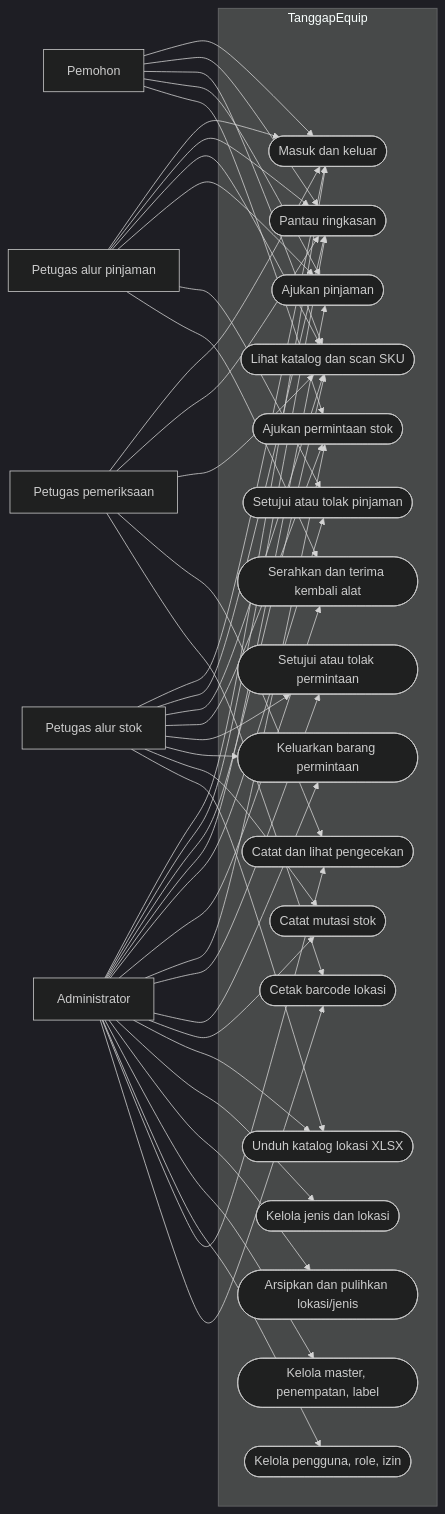
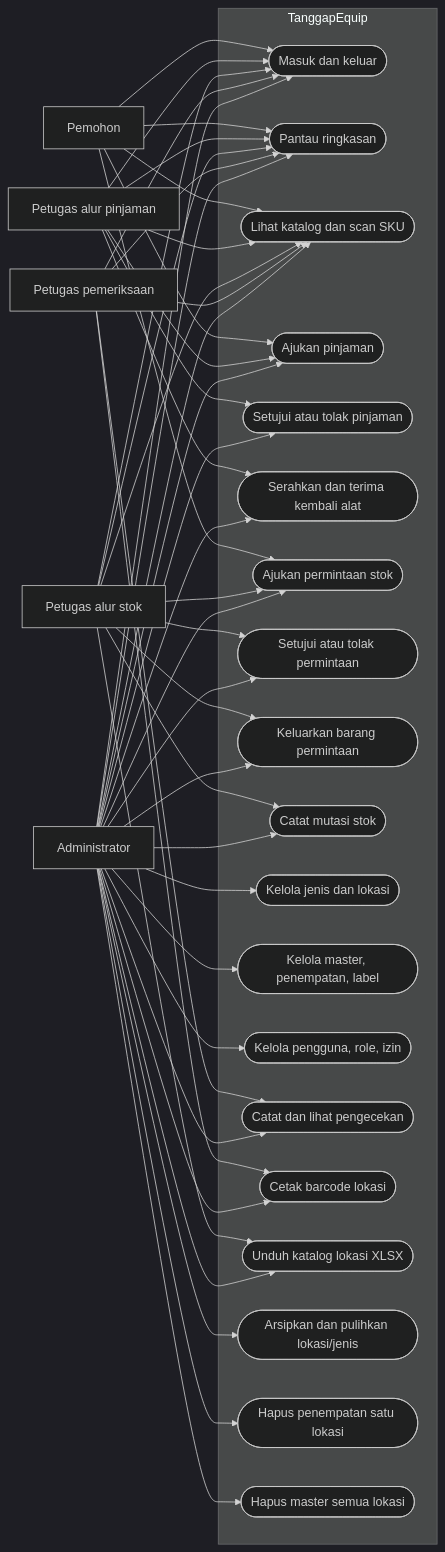
Before and after one commit to fandychan99/inventory_max: the first of 8 diagrams in docs/UML.md, drawn with Mermaid (dark theme). The commit also changed other lines of this file and 27 other files, not shown here.

````diff
--- a/docs/UML.md
+++ b/docs/UML.md
@@ -7,34 +7,36 @@
 ```mermaid
 flowchart LR
     applicant["Pemohon"]
     loanOfficer["Petugas alur pinjaman"]
     stockOfficer["Petugas alur stok"]
     checkOfficer["Petugas pemeriksaan"]
     admin["Administrator"]
 
     subgraph system["TanggapEquip"]
         login(["Masuk dan keluar"])
         dashboard(["Pantau ringkasan"])
         catalog(["Lihat katalog dan scan SKU"])
         applyLoan(["Ajukan pinjaman"])
         decideLoan(["Setujui atau tolak pinjaman"])
         handover(["Serahkan dan terima kembali alat"])
         applyStock(["Ajukan permintaan stok"])
         decideStock(["Setujui atau tolak permintaan"])
         fulfill(["Keluarkan barang permintaan"])
         adjust(["Catat mutasi stok"])
         locations(["Kelola jenis dan lokasi"])
         items(["Kelola master, penempatan, label"])
         access(["Kelola pengguna, role, izin"])
         inspect(["Catat dan lihat pengecekan"])
         locationLabel(["Cetak barcode lokasi"])
         exportStock(["Unduh katalog lokasi XLSX"])
         archive(["Arsipkan dan pulihkan lokasi/jenis"])
+        removePlacement(["Hapus penempatan satu lokasi"])
+        removeMaster(["Hapus master semua lokasi"])
     end
 
     applicant --> login & dashboard & catalog & applyLoan & applyStock
     loanOfficer --> login & dashboard & catalog & applyLoan & decideLoan & handover
     stockOfficer --> login & dashboard & catalog & applyStock & decideStock & fulfill & adjust & exportStock
     checkOfficer --> login & dashboard & catalog & inspect & locationLabel
-    admin --> login & dashboard & catalog & applyLoan & decideLoan & handover & applyStock & decideStock & fulfill & adjust & exportStock & locations & archive & items & access & inspect & locationLabel
+    admin --> login & dashboard & catalog & applyLoan & decideLoan & handover & applyStock & decideStock & fulfill & adjust & exportStock & locations & archive & items & removePlacement & removeMaster & access & inspect & locationLabel
 ```
````
